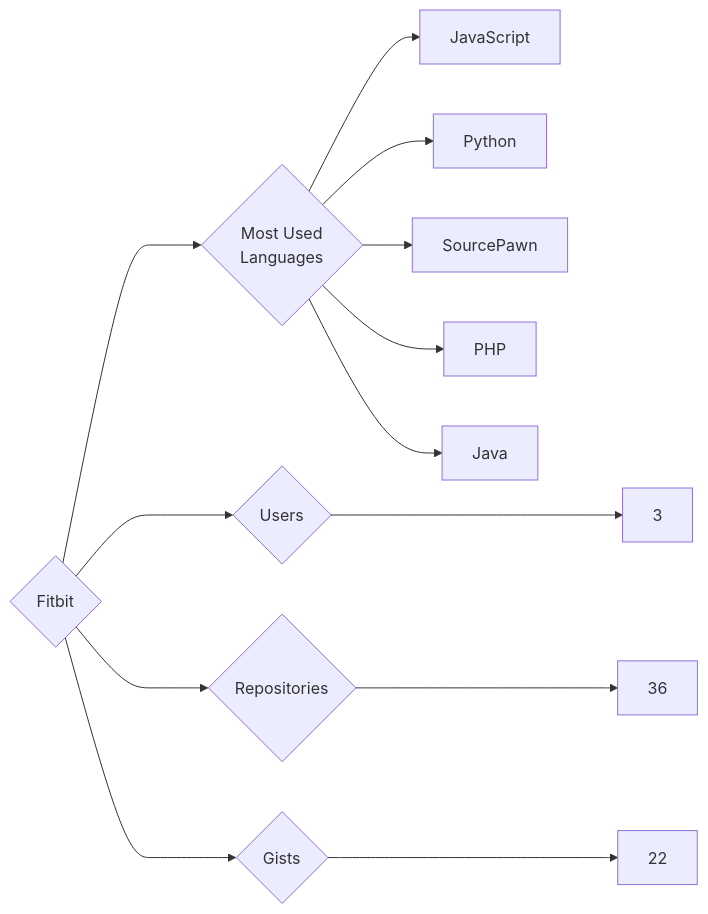
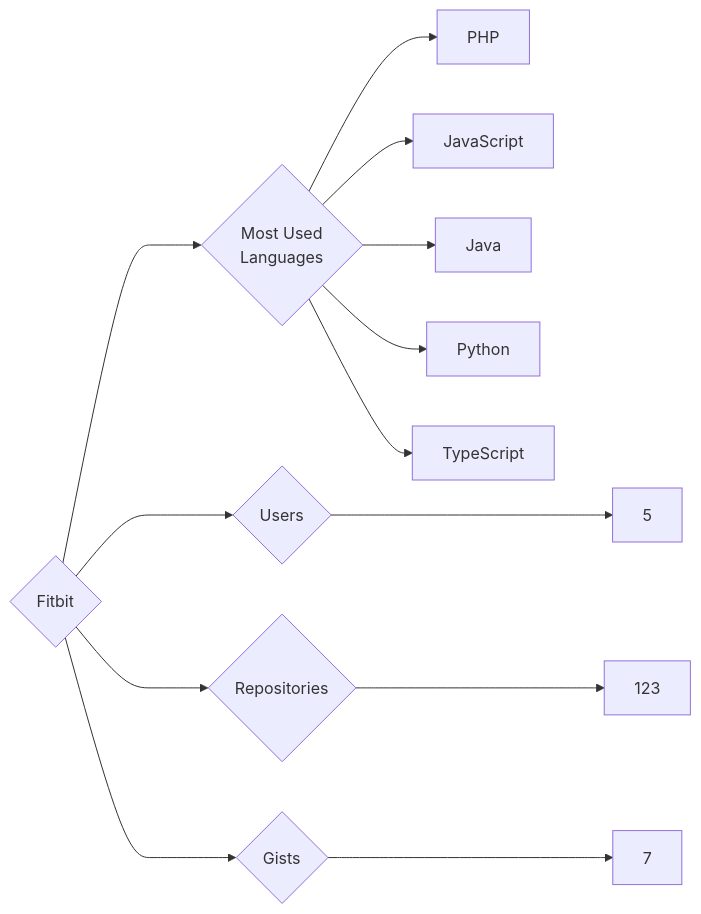
One commit to trickest/insiders changed the diagram in targets/Fitbit/README.md. Above: the diagram before and after it, drawn with Mermaid. The commit also changed 912 other files, not shown here.

````diff
--- a/targets/Fitbit/README.md
+++ b/targets/Fitbit/README.md
@@ -3,13 +3,13 @@
 ```mermaid
 graph LR
 COMPANY_NAME{Fitbit}
-COMPANY_NAME ---> U{Users} ---> UN[3]
-COMPANY_NAME ---> R{Repositories} ---> RN[36]
-COMPANY_NAME ---> G{Gists} ---> GN[22]
+COMPANY_NAME ---> U{Users} ---> UN[5]
+COMPANY_NAME ---> R{Repositories} ---> RN[123]
+COMPANY_NAME ---> G{Gists} ---> GN[7]
 COMPANY_NAME ---> ML{Most Used<br>Languages}
+ML --> PHP[PHP]
 ML --> JavaScript[JavaScript]
+ML --> Java[Java]
 ML --> Python[Python]
-ML --> SourcePawn[SourcePawn]
-ML --> PHP[PHP]
-ML --> Java[Java]
+ML --> TypeScript[TypeScript]
 ```
````
